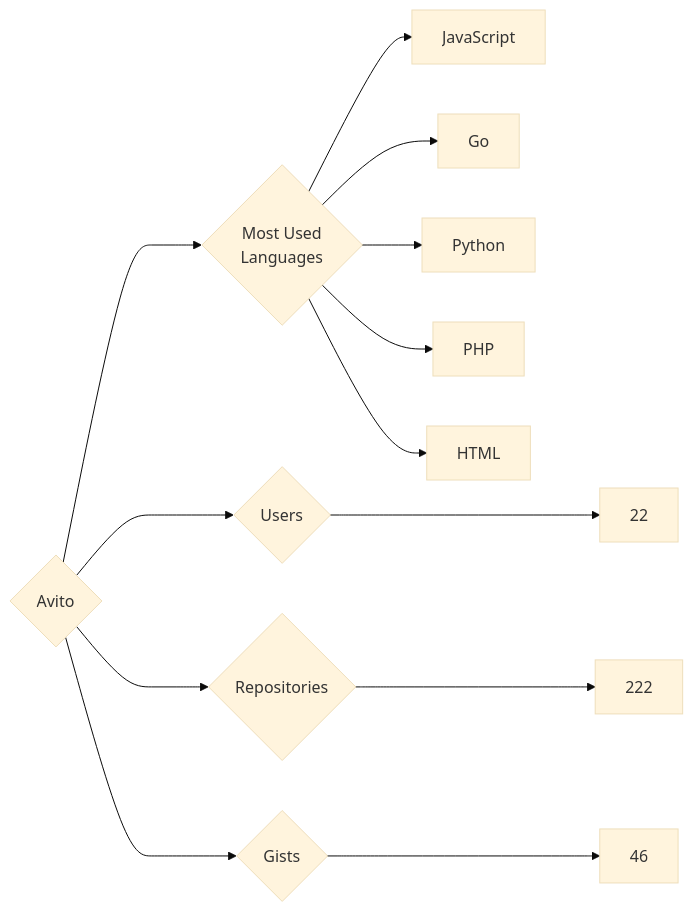
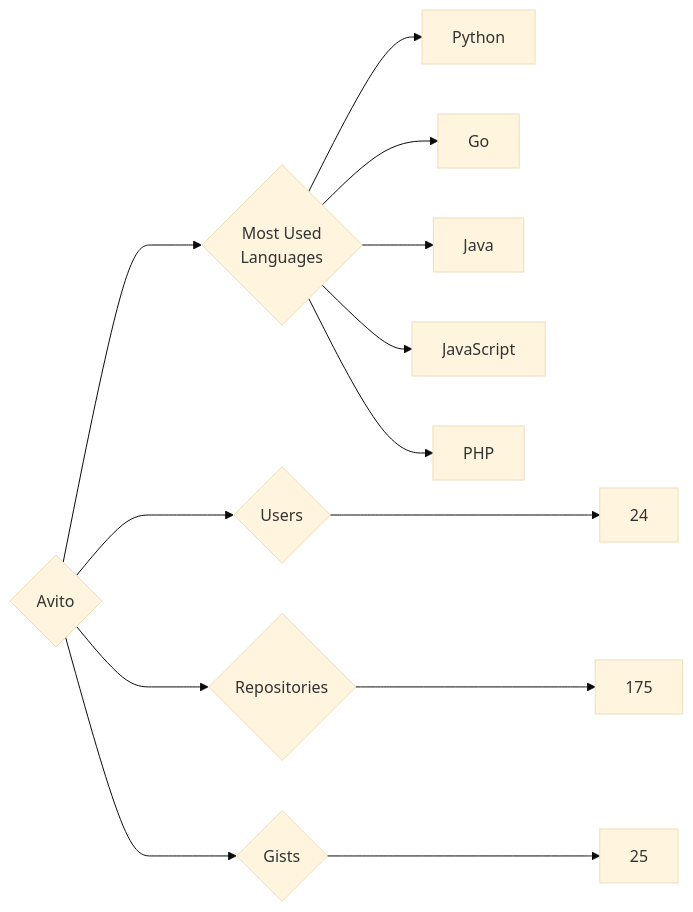
The diagram in targets/Avito/README.md (trickest/insiders), drawn with Mermaid (base theme) before and after one commit. The commit also changed 944 other files, not shown here.

````diff
--- a/targets/Avito/README.md
+++ b/targets/Avito/README.md
@@ -3,13 +3,13 @@
 ```mermaid
 graph LR
 COMPANY_NAME{Avito}
-COMPANY_NAME ---> U{Users} ---> UN[22]
-COMPANY_NAME ---> R{Repositories} ---> RN[222]
-COMPANY_NAME ---> G{Gists} ---> GN[46]
+COMPANY_NAME ---> U{Users} ---> UN[24]
+COMPANY_NAME ---> R{Repositories} ---> RN[175]
+COMPANY_NAME ---> G{Gists} ---> GN[25]
 COMPANY_NAME ---> ML{Most Used<br>Languages}
+ML --> Python[Python]
+ML --> Go[Go]
+ML --> Java[Java]
 ML --> JavaScript[JavaScript]
-ML --> Go[Go]
-ML --> Python[Python]
 ML --> PHP[PHP]
-ML --> HTML[HTML]
 ```
````
